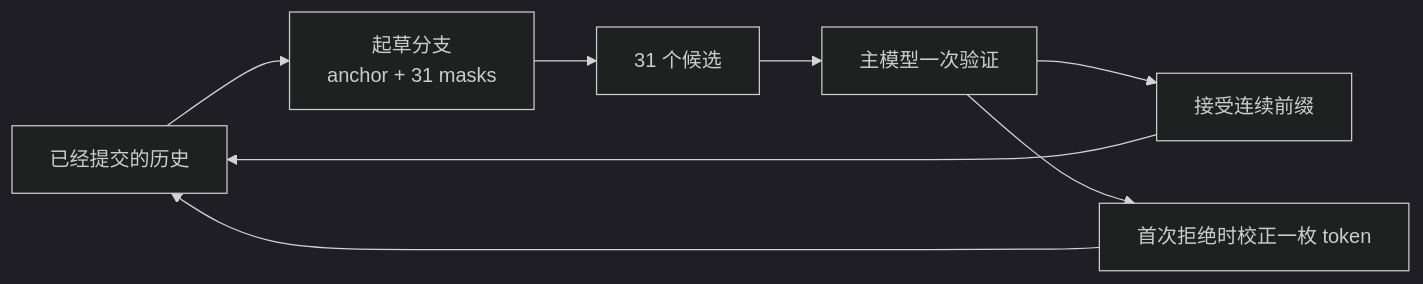
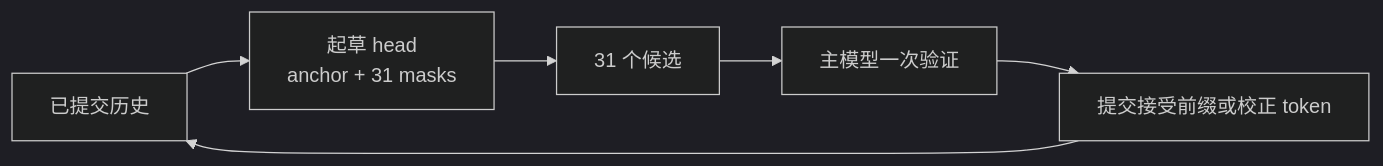
Before and after one commit to wangzili121/online-speculation: the diagram in online-speculation/docs/CURRENT_DESIGN.md, drawn with Mermaid (dark theme). The commit also changed other lines of this file, not shown here.

````diff
--- a/online-speculation/docs/CURRENT_DESIGN.md
+++ b/online-speculation/docs/CURRENT_DESIGN.md
@@ -138,10 +24,8 @@
 ```mermaid
 flowchart LR
-    H[已经提交的历史] --> D[起草分支<br/>anchor + 31 masks]
+    H[已提交历史] --> D[起草 head<br/>anchor + 31 masks]
     D --> C[31 个候选]
     C --> V[主模型一次验证]
-    V --> A[接受连续前缀]
-    V --> R[首次拒绝时校正一枚 token]
-    A --> H
-    R --> H
+    V --> O[提交接受前缀或校正 token]
+    O --> H
 ```
````
